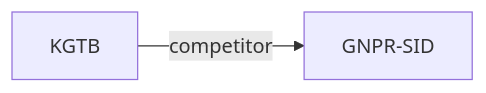
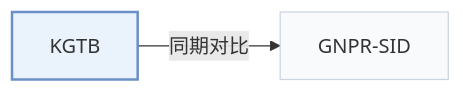
The second of 2 diagrams in pages/zh/papers/kgtb.md (Galaxy-ghost/Awesome-SID-Generative-Rec), drawn with Mermaid before and after one commit. The commit also changed other lines of this file and 649 other files, not shown here.

Commit message:
writer-05: also tags and modality index (schema, check, build, visuals); summary field removed; calibration data for 12 papers

````diff
--- a/pages/zh/papers/kgtb.md
+++ b/pages/zh/papers/kgtb.md
@@ -70,5 +73,9 @@
 ```mermaid
 flowchart LR
     P["KGTB"]
-    P -->|competitor| A["GNPR-SID"]
+    P -->|"同期对比"| A["GNPR-SID"]
+    classDef main fill:#eaf2fb,stroke:#6b8fc7,stroke-width:2px
+    classDef peer fill:#f8fafc,stroke:#cbd5e1
+    class P main
+    class A peer
 ```
````
